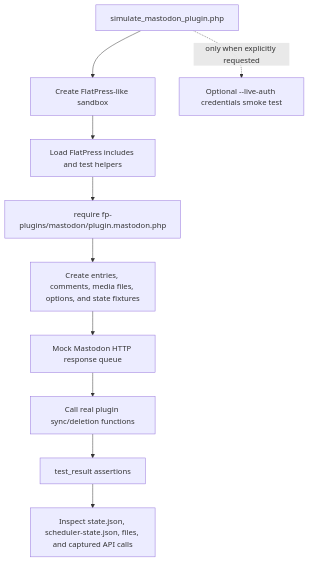
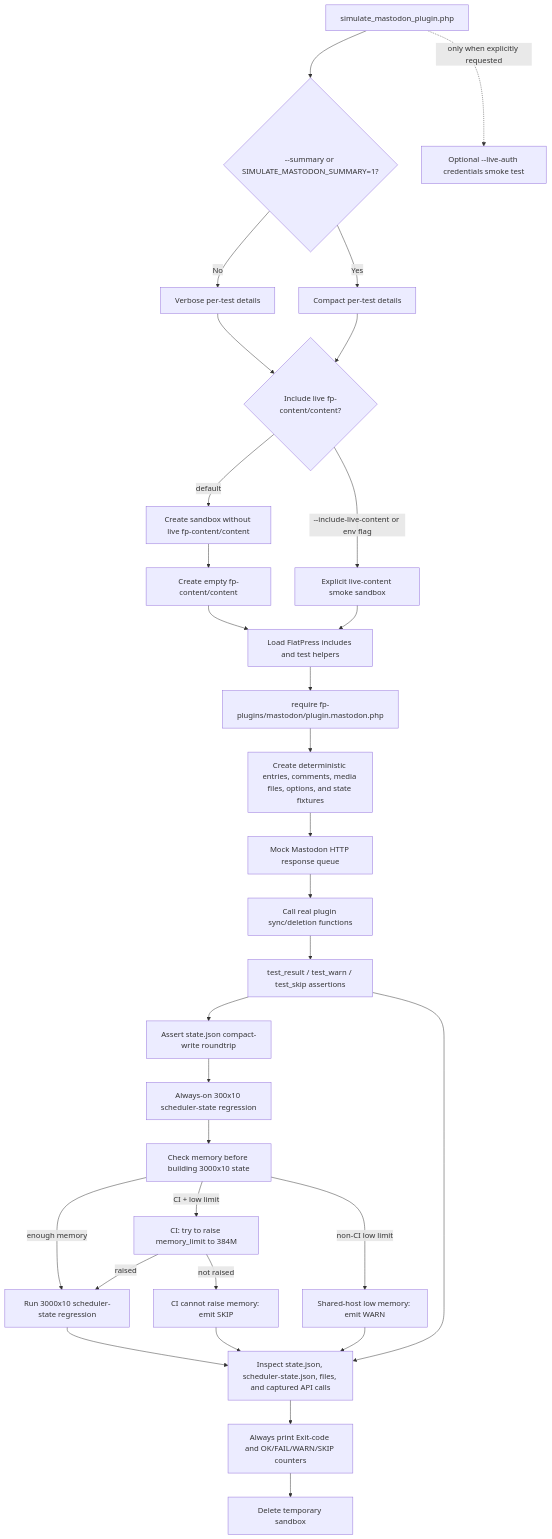
One commit to flatpressblog/flatpress changed diagram 31 of 32 in fp-plugins/mastodon/developer-docs/06-Process-Flow.md. Above: the diagram before and after it, drawn with Mermaid. The commit also changed other lines of this file and 8 other files, not shown here.

````diff
--- a/fp-plugins/mastodon/developer-docs/06-Process-Flow.md
+++ b/fp-plugins/mastodon/developer-docs/06-Process-Flow.md
@@ -1106,18 +1107,44 @@
 ```mermaid
 flowchart TD
     Script["simulate_mastodon_plugin.php"]
-    Sandbox["Create FlatPress-like sandbox"]
+    OutputMode{"--summary or SIMULATE_MASTODON_SUMMARY=1?"}
+    VerboseOutput["Verbose per-test details"]
+    SummaryOutput["Compact per-test details"]
+    SandboxPolicy{"Include live fp-content/content?"}
+    MinimalSandbox["Create sandbox without live fp-content/content"]
+    LiveSandbox["Explicit live-content smoke sandbox"]
+    EmptyContent["Create empty fp-content/content"]
     CoreStubs["Load FlatPress includes and test helpers"]
     Plugin["require fp-plugins/mastodon/plugin.mastodon.php"]
-    Fixtures["Create entries, comments, media files, options, and state fixtures"]
+    Fixtures["Create deterministic entries, comments, media files, options, and state fixtures"]
     HTTPQueue["Mock Mastodon HTTP response queue"]
     RunSync["Call real plugin sync/deletion functions"]
-    Assertions["test_result assertions"]
+    Assertions["test_result / test_warn / test_skip assertions"]
+    CompactWrite["Assert state.json compact-write roundtrip"]
+    SmallState["Always-on 300x10 scheduler-state regression"]
+    MemoryGuard["Check memory before building 3000x10 state"]
+    CIRaise["CI: try to raise memory_limit to 384M"]
+    LargeState["Run 3000x10 scheduler-state regression"]
+    Warn["Shared-host low memory: emit WARN"]
+    Skip["CI cannot raise memory: emit SKIP"]
     InspectState["Inspect state.json, scheduler-state.json, files, and captured API calls"]
+    FinalSummary["Always print Exit-code and OK/FAIL/WARN/SKIP counters"]
     OptionalLive["Optional --live-auth credentials smoke test"]
+    Cleanup["Delete temporary sandbox"]
 
-    Script --> Sandbox --> CoreStubs --> Plugin --> Fixtures
+    Script --> OutputMode
+    OutputMode -- "No" --> VerboseOutput --> SandboxPolicy
+    OutputMode -- "Yes" --> SummaryOutput --> SandboxPolicy
+    SandboxPolicy -- "default" --> MinimalSandbox --> EmptyContent --> CoreStubs
+    SandboxPolicy -- "--include-live-content or env flag" --> LiveSandbox --> CoreStubs
+    CoreStubs --> Plugin --> Fixtures
     Fixtures --> HTTPQueue --> RunSync --> Assertions
-    Assertions --> InspectState
+    Assertions --> CompactWrite --> SmallState --> MemoryGuard
+    MemoryGuard -- "enough memory" --> LargeState --> InspectState
+    MemoryGuard -- "CI + low limit" --> CIRaise
+    CIRaise -- "raised" --> LargeState
+    CIRaise -- "not raised" --> Skip --> InspectState
+    MemoryGuard -- "non-CI low limit" --> Warn --> InspectState
+    Assertions --> InspectState --> FinalSummary --> Cleanup
     Script -. "only when explicitly requested" .-> OptionalLive
 ```
````
